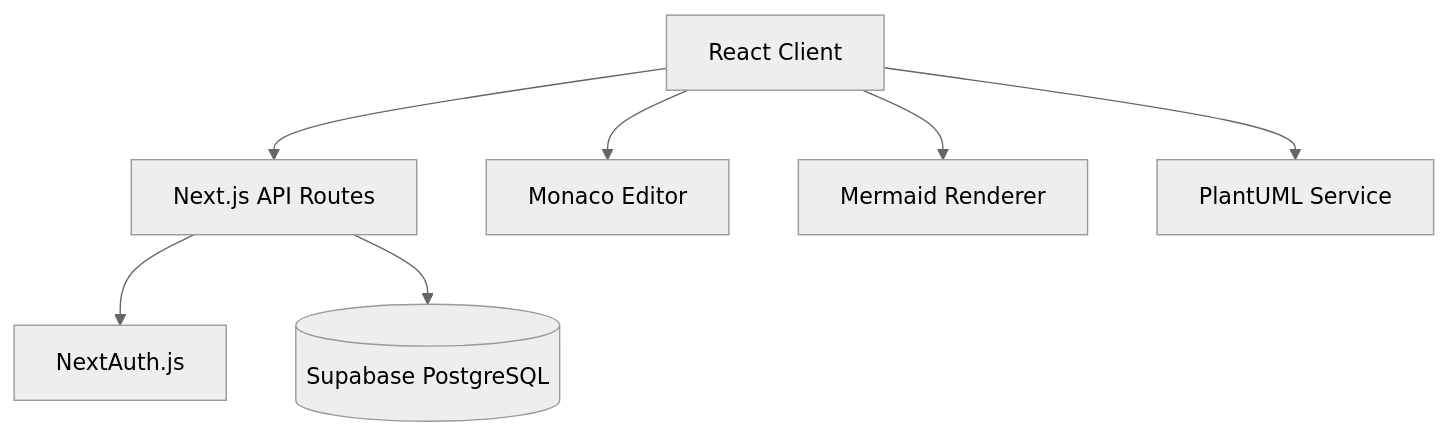
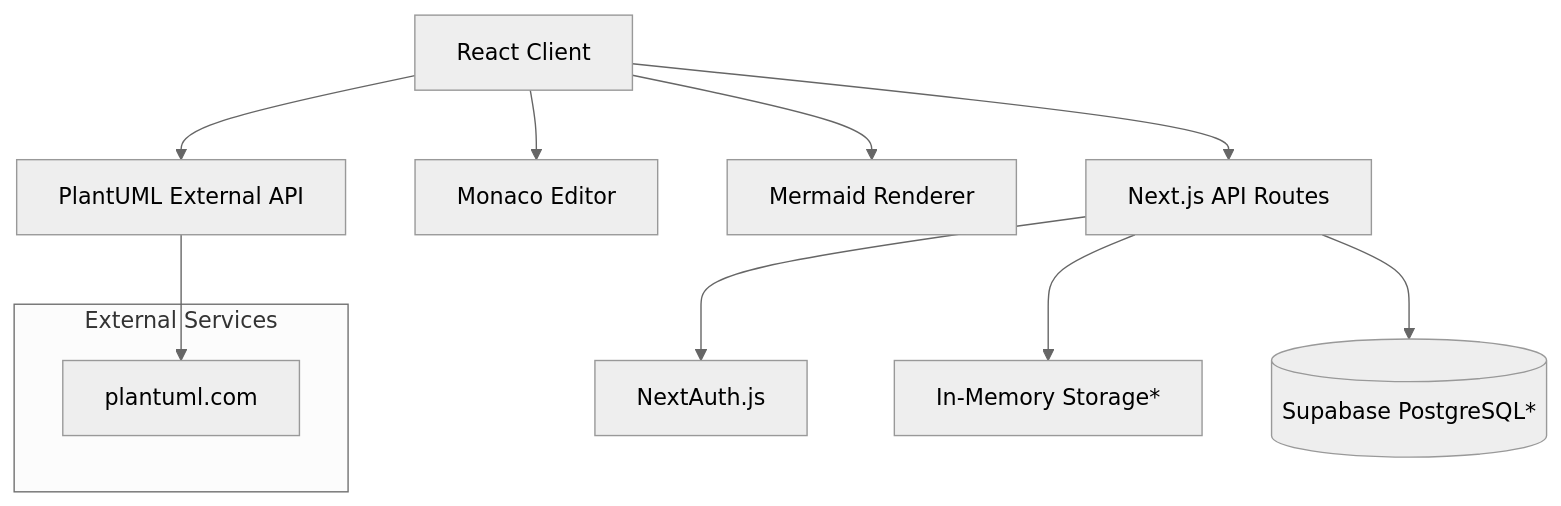
The diagram in docs/wiki/system-overview.md (durdan/dd-preview-parser), drawn with Mermaid (neutral theme) before and after one commit. The commit also changed other lines of this file and 1 other file, not shown here.

````diff
--- a/docs/wiki/system-overview.md
+++ b/docs/wiki/system-overview.md
@@ -14,9 +32,16 @@
 ```mermaid
 graph TB
     Client[React Client] --> API[Next.js API Routes]
     API --> Auth[NextAuth.js]
-    API --> DB[(Supabase PostgreSQL)]
+    API --> Storage[In-Memory Storage*]
+    API --> Supabase[(Supabase PostgreSQL*)]
     Client --> Monaco[Monaco Editor]
     Client --> Mermaid[Mermaid Renderer]
-    Client --> PlantUML[PlantUML Service]
+    Client --> PlantUML[PlantUML External API]
+
+    subgraph "External Services"
+        PlantUMLServer["plantuml.com"]
+    end
+
+    PlantUML --> PlantUMLServer
 ```
````
